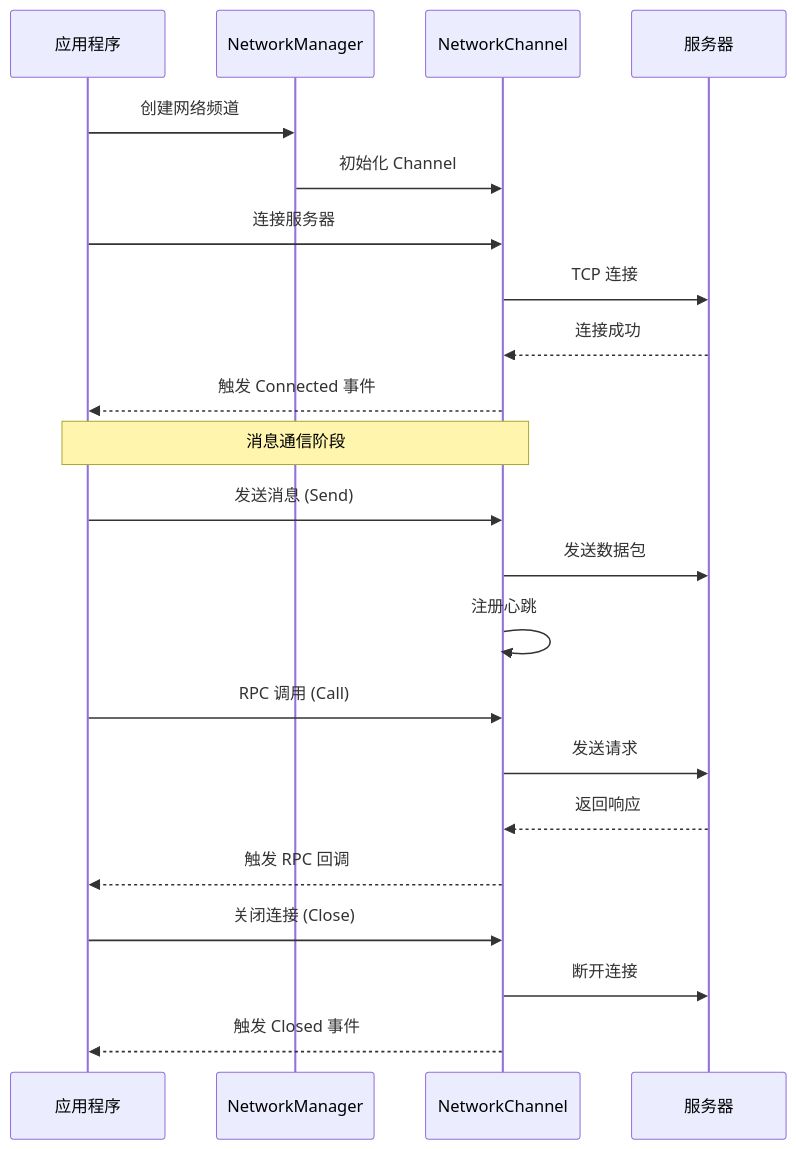
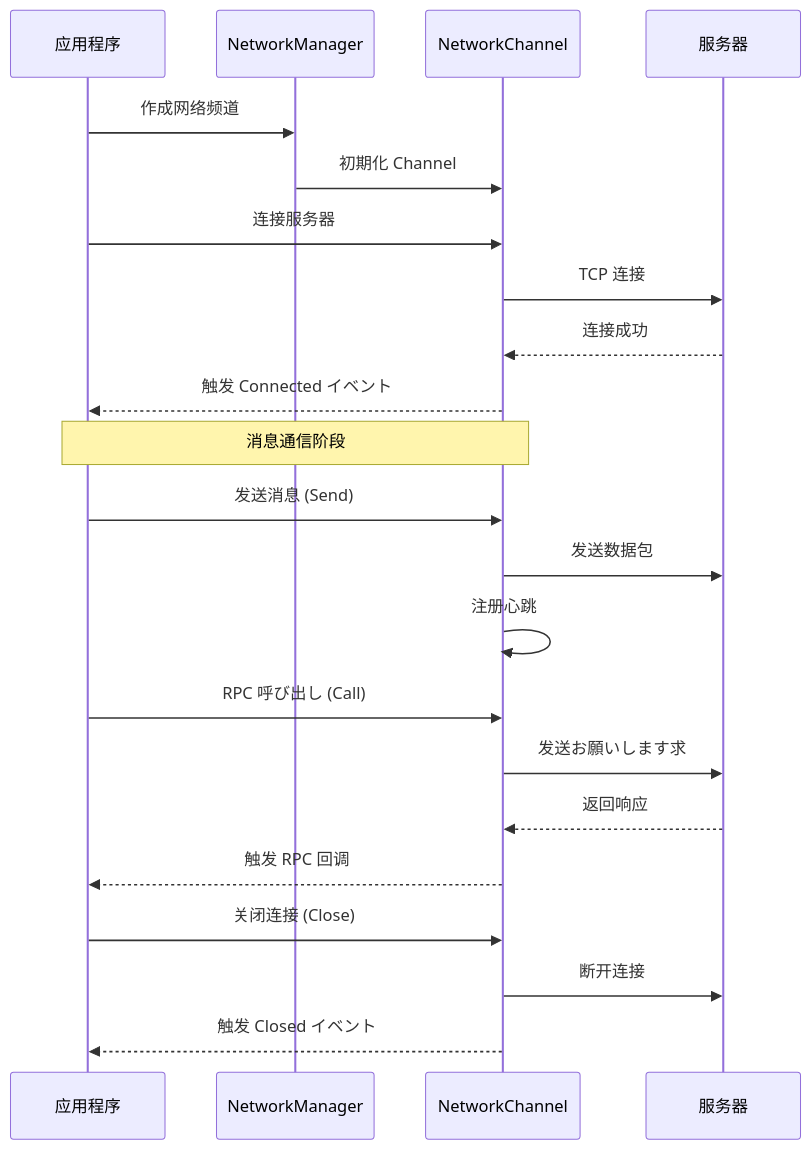
Before and after one commit to AlianBlank/GameFrameX.Docs: the second of 3 diagrams in docs/ja/client/unity/component/network/03.getting-started.md, drawn with Mermaid. The commit also changed other lines of this file and 603 other files, not shown here.

````diff
--- a/docs/ja/client/unity/component/network/03.getting-started.md
+++ b/docs/ja/client/unity/component/network/03.getting-started.md
@@ -65,29 +65,29 @@
 ```mermaid
 sequenceDiagram
     participant App as 应用程序
     participant NM as NetworkManager
     participant NC as NetworkChannel
     participant Server as 服务器
 
-    App->>NM: 创建网络频道
-    NM->>NC: 初始化 Channel
+    App->>NM: 作成网络频道
+    NM->>NC: 初期化 Channel
     App->>NC: 连接服务器
     NC->>Server: TCP 连接
     Server-->>NC: 连接成功
-    NC-->>App: 触发 Connected 事件
+    NC-->>App: 触发 Connected イベント
     
     Note over App,NC: 消息通信阶段
     
     App->>NC: 发送消息 (Send)
     NC->>Server: 发送数据包
     NC->>NC: 注册心跳
     
-    App->>NC: RPC 调用 (Call)
-    NC->>Server: 发送请求
+    App->>NC: RPC 呼び出し (Call)
+    NC->>Server: 发送お願いします求
     Server-->>NC: 返回响应
     NC-->>App: 触发 RPC 回调
     
     App->>NC: 关闭连接 (Close)
     NC->>Server: 断开连接
-    NC-->>App: 触发 Closed 事件
+    NC-->>App: 触发 Closed イベント
 ```
````
